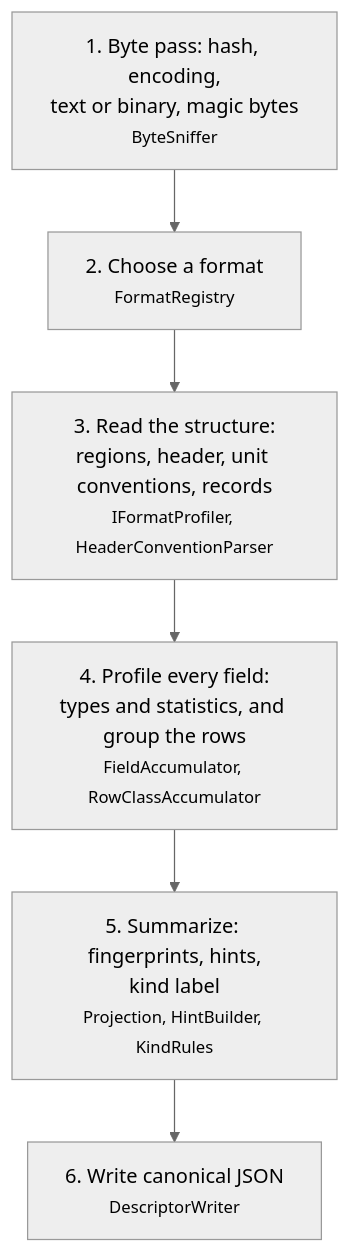
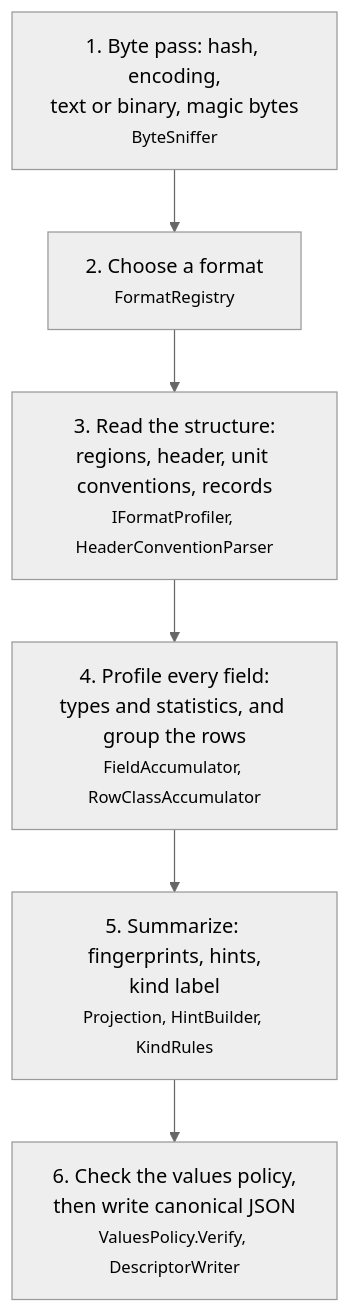
The second of 25 diagrams in docs/how-it-works.md (squalor-xyz/squalify), drawn with Mermaid (neutral theme) before and after one commit. The commit also changed other lines of this file and 38 other files, not shown here.

````diff
--- a/docs/how-it-works.md
+++ b/docs/how-it-works.md
@@ -29,8 +29,8 @@
 ```mermaid
 flowchart TD
     A["1. Byte pass: hash, encoding,<br/>text or binary, magic bytes<br/><small>ByteSniffer</small>"] --> B["2. Choose a format<br/><small>FormatRegistry</small>"]
     B --> C["3. Read the structure:<br/>regions, header, unit conventions, records<br/><small>IFormatProfiler, HeaderConventionParser</small>"]
     C --> D["4. Profile every field:<br/>types and statistics, and group the rows<br/><small>FieldAccumulator, RowClassAccumulator</small>"]
     D --> E["5. Summarize: fingerprints, hints,<br/>kind label<br/><small>Projection, HintBuilder, KindRules</small>"]
-    E --> F["6. Write canonical JSON<br/><small>DescriptorWriter</small>"]
+    E --> F["6. Check the values policy,<br/>then write canonical JSON<br/><small>ValuesPolicy.Verify, DescriptorWriter</small>"]
 ```
````
